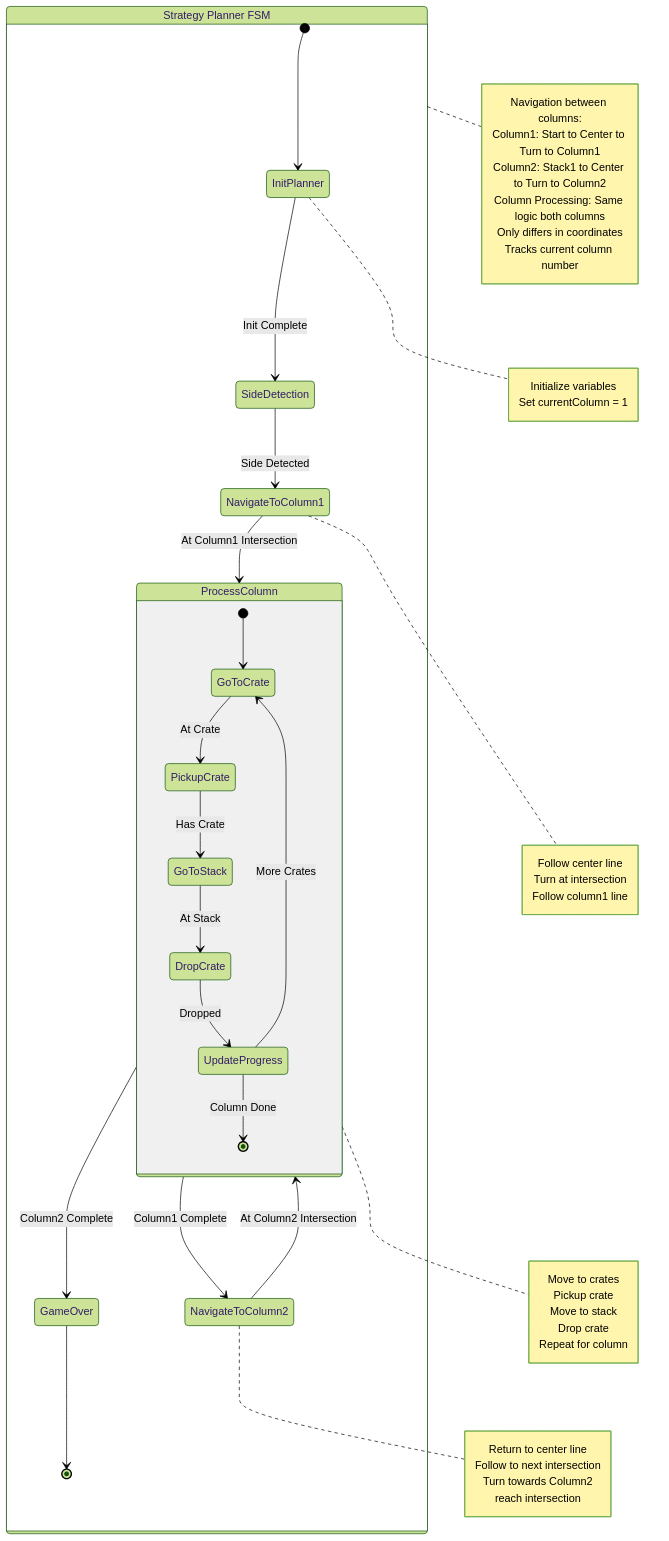
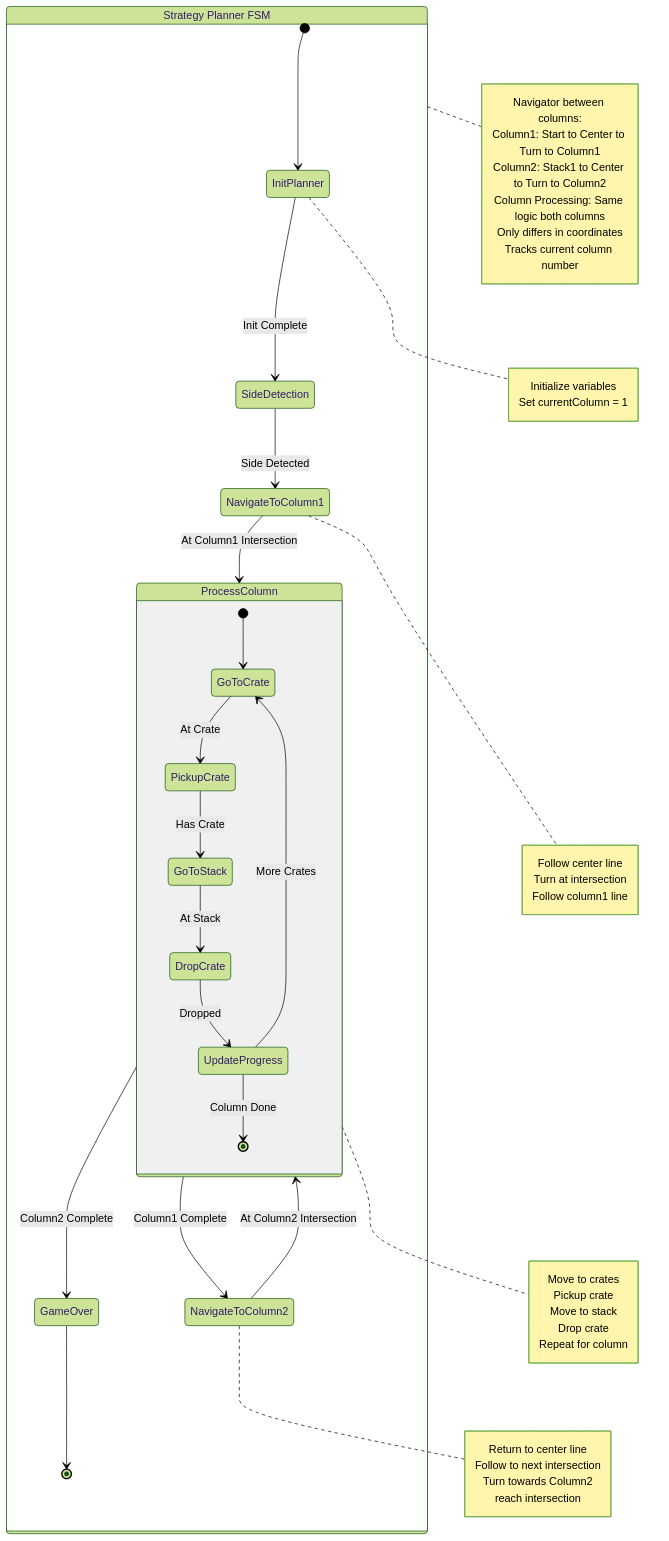
The diagram in FSM/planning.md (yuanzhedong/ME218-final), drawn with Mermaid (forest theme) before and after one commit. The commit also changed 2 other files, not shown here.

Commit message:
update FSM

````diff
--- a/FSM/planning.md
+++ b/FSM/planning.md
@@ -1,60 +1,60 @@
 ```mermaid
 stateDiagram-v2
     state "Strategy Planner FSM" as PlannerFSM {
         [*] --> InitPlanner
         
         InitPlanner --> SideDetection: Init Complete
         SideDetection --> NavigateToColumn1: Side Detected
         note right of InitPlanner
             Initialize variables
             Set currentColumn = 1
         end note
 
         NavigateToColumn1 --> ProcessColumn: At Column1 Intersection
         note right of NavigateToColumn1
             Follow center line
             Turn at intersection
             Follow column1 line
         end note
 
         state ProcessColumn {
             [*] --> GoToCrate
             GoToCrate --> PickupCrate: At Crate
             PickupCrate --> GoToStack: Has Crate
             GoToStack --> DropCrate: At Stack
             DropCrate --> UpdateProgress: Dropped
             UpdateProgress --> GoToCrate: More Crates
             UpdateProgress --> [*]: Column Done
         }
 
         ProcessColumn --> NavigateToColumn2: Column1 Complete
         note right of ProcessColumn
             Move to crates
             Pickup crate
             Move to stack
             Drop crate
             Repeat for column
         end note
 
         NavigateToColumn2 --> ProcessColumn: At Column2 Intersection
         note right of NavigateToColumn2
             Return to center line
             Follow to next intersection
             Turn towards Column2
             reach intersection
         end note
 
         ProcessColumn --> GameOver: Column2 Complete
         
         GameOver --> [*]
     }
 
     note right of PlannerFSM
-        Navigation between columns:
+        Navigator between columns:
         Column1: Start to Center to Turn to Column1
         Column2: Stack1 to Center to Turn to Column2
         Column Processing: Same logic both columns
         Only differs in coordinates
         Tracks current column number
     end note
 ```
````
